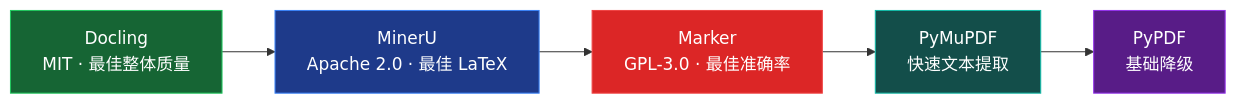
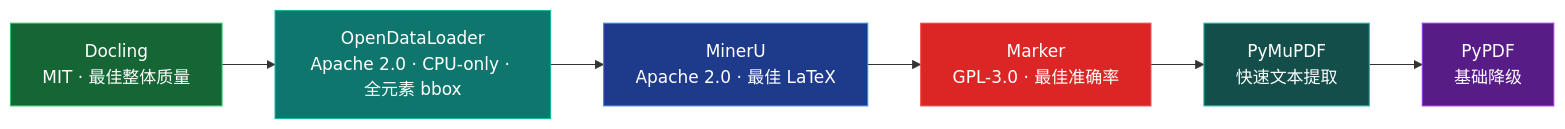
The seventh of 10 diagrams in docs/framework.md (ThreeFish-AI/negentropy-perceives), drawn with Mermaid before and after one commit. The commit also changed other lines of this file and 18 other files, not shown here.

First line of the commit message:
feat(pdf): 引入 OpenDataLoader PDF 引擎（Apache-2.0 / CPU-only / 全元素 bbox）

````diff
--- a/docs/framework.md
+++ b/docs/framework.md
@@ -335,13 +336,15 @@
 ```mermaid
 graph LR
-    A["Docling<br/>MIT · 最佳整体质量"] --> B["MinerU<br/>Apache 2.0 · 最佳 LaTeX"]
-    B --> C["Marker<br/>GPL-3.0 · 最佳准确率"]
-    C --> D["PyMuPDF<br/>快速文本提取"]
-    D --> E["PyPDF<br/>基础降级"]
+    A["Docling<br/>MIT · 最佳整体质量"] --> B["OpenDataLoader<br/>Apache 2.0 · CPU-only · 全元素 bbox"]
+    B --> C["MinerU<br/>Apache 2.0 · 最佳 LaTeX"]
+    C --> D["Marker<br/>GPL-3.0 · 最佳准确率"]
+    D --> E["PyMuPDF<br/>快速文本提取"]
+    E --> F["PyPDF<br/>基础降级"]
 
     style A fill:#166534,stroke:#22c55e,color:#ffffff
-    style B fill:#1e3a8a,stroke:#3b82f6,color:#ffffff
-    style C fill:#dc2626,stroke:#ef4444,color:#ffffff
-    style D fill:#134e4a,stroke:#14b8a6,color:#ffffff
-    style E fill:#581c87,stroke:#9333ea,color:#ffffff
+    style B fill:#0f766e,stroke:#14b8a6,color:#ffffff
+    style C fill:#1e3a8a,stroke:#3b82f6,color:#ffffff
+    style D fill:#dc2626,stroke:#ef4444,color:#ffffff
+    style E fill:#134e4a,stroke:#14b8a6,color:#ffffff
+    style F fill:#581c87,stroke:#9333ea,color:#ffffff
 ```
````
